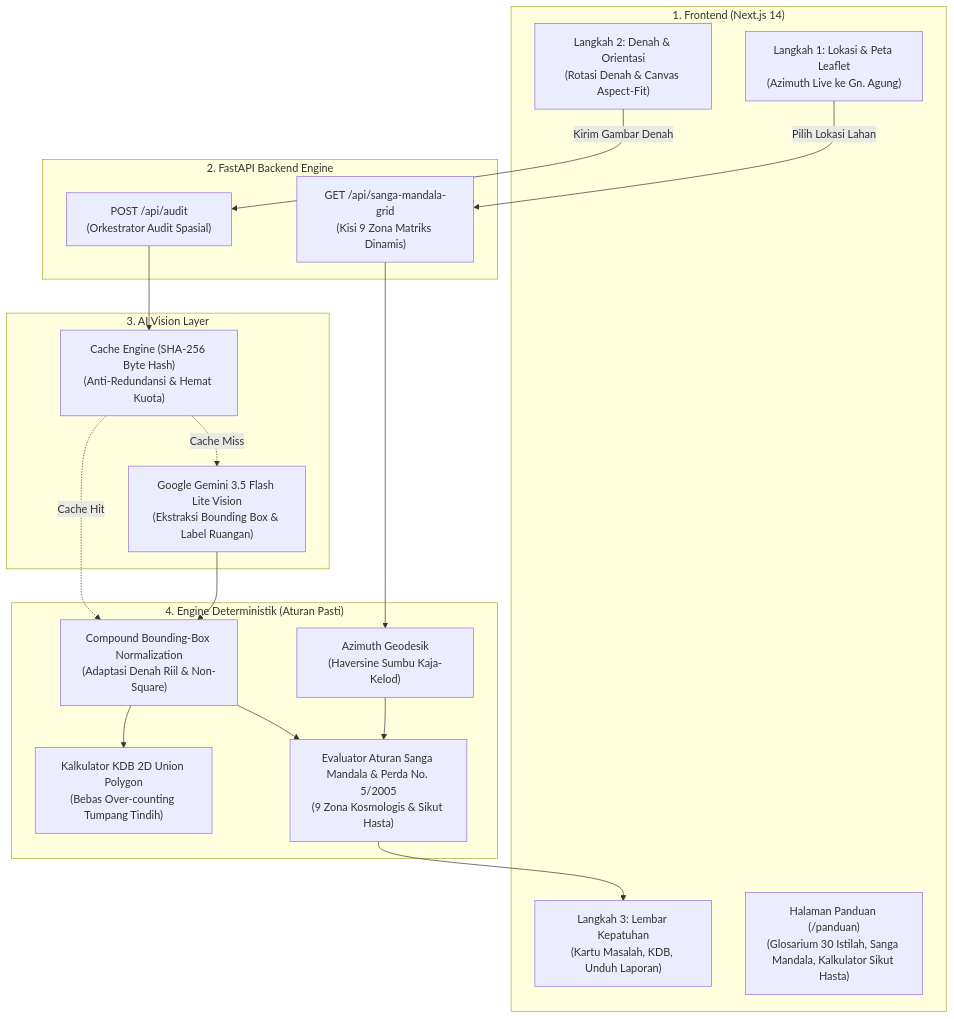
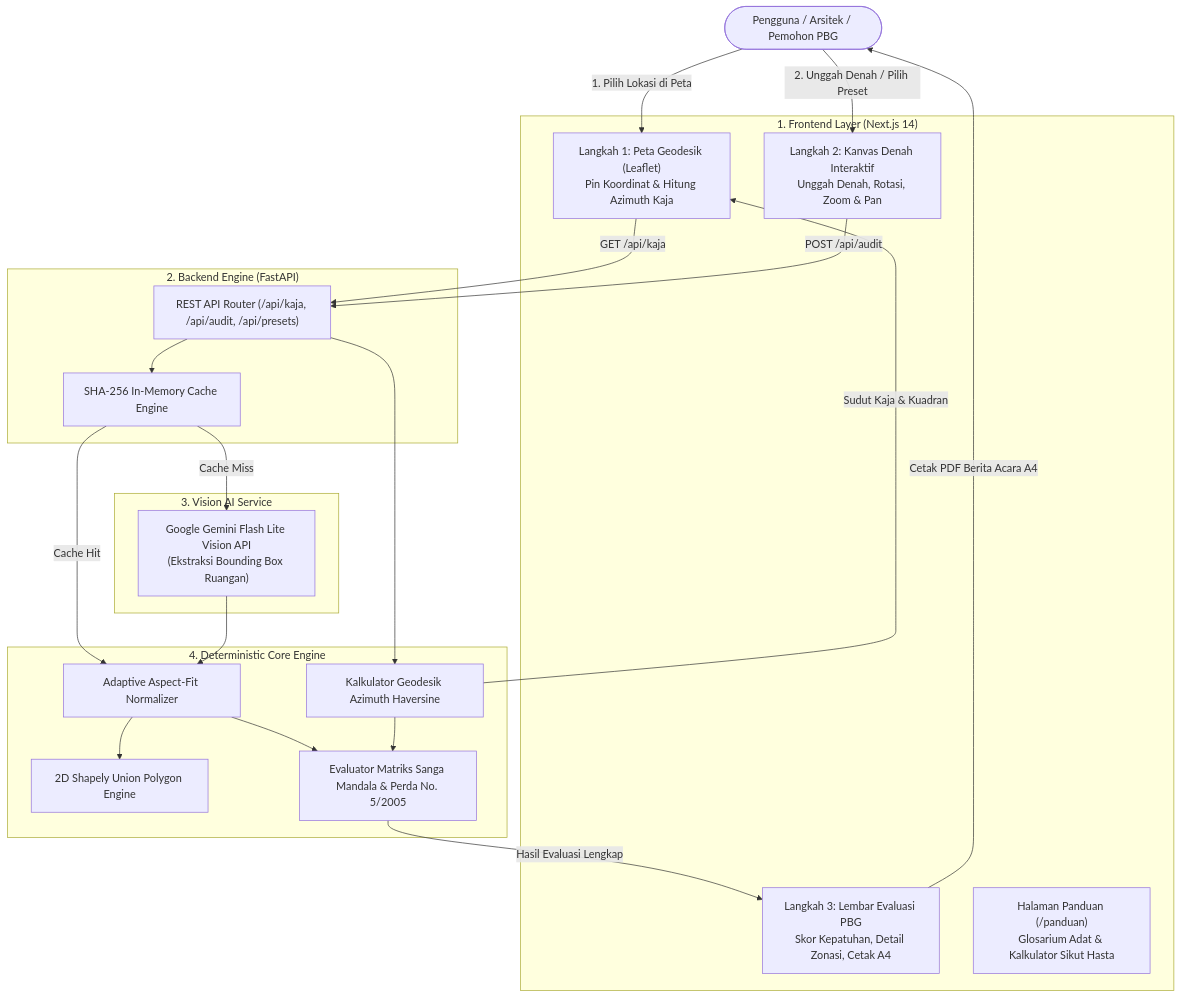
Before and after one commit to Pashinoh/BaleKerta: the diagram in README.md, drawn with Mermaid. The commit also changed other lines of this file and 9 other files, not shown here.

````diff
--- a/README.md
+++ b/README.md
@@ -33,38 +76,47 @@
 ```mermaid
 flowchart TD
-    subgraph Klien ["1. Frontend (Next.js 14)"]
-        UI_Step1["Langkah 1: Lokasi & Peta Leaflet\n(Azimuth Live ke Gn. Agung)"]
-        UI_Step2["Langkah 2: Denah & Orientasi\n(Rotasi Denah & Canvas Aspect-Fit)"]
-        UI_Step3["Langkah 3: Lembar Kepatuhan\n(Kartu Masalah, KDB, Unduh Laporan)"]
-        UI_Panduan["Halaman Panduan (/panduan)\n(Glosarium 30 Istilah, Sanga Mandala, Kalkulator Sikut Hasta)"]
+    User([Pengguna / Arsitek / Pemohon PBG])
+
+    subgraph Client ["1. Frontend Layer (Next.js 14)"]
+        Step1["Langkah 1: Peta Geodesik (Leaflet)\nPin Koordinat & Hitung Azimuth Kaja"]
+        Step2["Langkah 2: Kanvas Denah Interaktif\nUnggah Denah, Rotasi, Zoom & Pan"]
+        Step3["Langkah 3: Lembar Evaluasi PBG\nSkor Kepatuhan, Detail Zonasi, Cetak A4"]
+        Panduan["Halaman Panduan (/panduan)\nGlosarium Adat & Kalkulator Sikut Hasta"]
     end
 
-    subgraph API_Gateway ["2. FastAPI Backend Engine"]
-        EP_Grid["GET /api/sanga-mandala-grid\n(Kisi 9 Zona Matriks Dinamis)"]
-        EP_Audit["POST /api/audit\n(Orkestrator Audit Spasial)"]
+    subgraph Backend ["2. Backend Engine (FastAPI)"]
+        APIGateway["REST API Router (/api/kaja, /api/audit, /api/presets)"]
+        CacheLayer["SHA-256 In-Memory Cache Engine"]
     end
 
-    subgraph Vision_Layer ["3. AI Vision Layer"]
-        Cache_SHA["Cache Engine (SHA-256 Byte Hash)\n(Anti-Redundansi & Hemat Kuota)"]
-        Gemini_AI["Google Gemini 3.5 Flash Lite Vision\n(Ekstraksi Bounding Box & Label Ruangan)"]
+    subgraph AI_Core ["3. Vision AI Service"]
+        GeminiAI["Google Gemini Flash Lite Vision API\n(Ekstraksi Bounding Box Ruangan)"]
     end
 
-    subgraph Deterministic_Core ["4. Engine Deterministik (Aturan Pasti)"]
-        Geo_Azimuth["Azimuth Geodesik\n(Haversine Sumbu Kaja-Kelod)"]
-        Box_Norm["Compound Bounding-Box Normalization\n(Adaptasi Denah Riil & Non-Square)"]
-        KDB_Union["Kalkulator KDB 2D Union Polygon\n(Bebas Over-counting Tumpang Tindih)"]
-        Sanga_Rule["Evaluator Aturan Sanga Mandala & Perda No. 5/2005\n(9 Zona Kosmologis & Sikut Hasta)"]
+    subgraph Rules_Core ["4. Deterministic Core Engine"]
+        GeoEngine["Kalkulator Geodesik Azimuth Haversine"]
+        CompoundNorm["Adaptive Aspect-Fit Normalizer"]
+        KDBEngine["2D Shapely Union Polygon Engine"]
+        SpatialRules["Evaluator Matriks Sanga Mandala & Perda No. 5/2005"]
     end
 
-    UI_Step1 -->|"Pilih Lokasi Lahan"| EP_Grid
-    EP_Grid --> Geo_Azimuth
-    UI_Step2 -->|"Kirim Gambar Denah"| EP_Audit
-    EP_Audit --> Cache_SHA
-    Cache_SHA -.->|"Cache Miss"| Gemini_AI
-    Cache_SHA -.->|"Cache Hit"| Box_Norm
-    Gemini_AI --> Box_Norm
-    Box_Norm --> KDB_Union
-    Box_Norm --> Sanga_Rule
-    Geo_Azimuth --> Sanga_Rule
-    Sanga_Rule --> UI_Step3
+    User -->|"1. Pilih Lokasi di Peta"| Step1
+    Step1 -->|"GET /api/kaja"| APIGateway
+    APIGateway --> GeoEngine
+    GeoEngine -->|"Sudut Kaja & Kuadran"| Step1
+
+    User -->|"2. Unggah Denah / Pilih Preset"| Step2
+    Step2 -->|"POST /api/audit"| APIGateway
+    APIGateway --> CacheLayer
+
+    CacheLayer -->|"Cache Miss"| GeminiAI
+    CacheLayer -->|"Cache Hit"| CompoundNorm
+    GeminiAI --> CompoundNorm
+
+    CompoundNorm --> KDBEngine
+    CompoundNorm --> SpatialRules
+    GeoEngine --> SpatialRules
+
+    SpatialRules -->|"Hasil Evaluasi Lengkap"| Step3
+    Step3 -->|"Cetak PDF Berita Acara A4"| User
 ```
````
